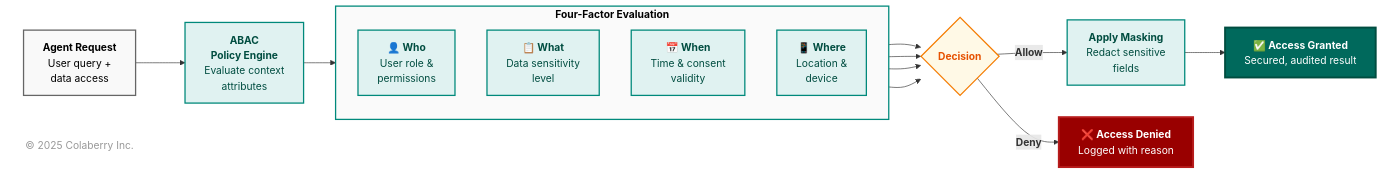
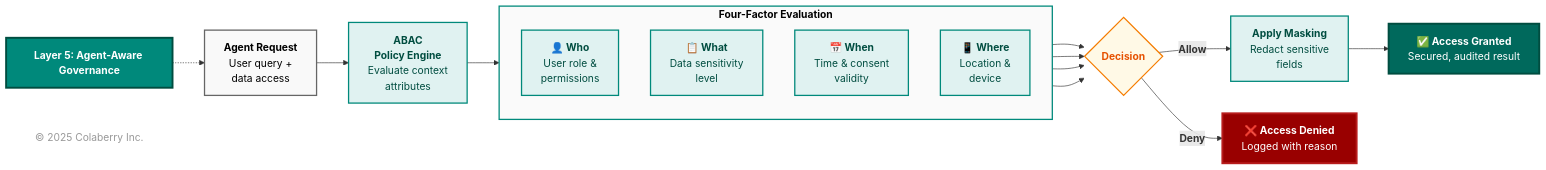
Before and after one commit to colaberry/enterprise-data-readiness-ai-agents: the ninth of 18 diagrams in chapter-01/chapter_1_complete.md, drawn with Mermaid. The commit also changed other lines of this file, not shown here.

First line of the commit message:
chapter 1 diagrams restructured

````diff
--- a/chapter-01/chapter_1_complete.md
+++ b/chapter-01/chapter_1_complete.md
@@ -1344,49 +1359,53 @@
 ```mermaid
 graph LR
+    TITLE["<b>Layer 5: Agent-Aware Governance</b>"]
+    
     REQ["<b>Agent Request</b><br/>User query +<br/>data access"]
     
     POL["<b>ABAC<br/>Policy Engine</b><br/>Evaluate context<br/>attributes"]
     
     subgraph eval["<b>Four-Factor Evaluation</b>"]
         direction TB
         WHO["<b>👤 Who</b><br/>User role &<br/>permissions"]
         WHAT["<b>📋 What</b><br/>Data sensitivity<br/>level"]
         WHEN["<b>📅 When</b><br/>Time & consent<br/>validity"]
         WHERE["<b>📱 Where</b><br/>Location &<br/>device"]
     end
     
     DEC{<b>Decision</b>}
     
     MASK["<b>Apply Masking</b><br/>Redact sensitive<br/>fields"]
     
     ALLOW["<b>✅ Access Granted</b><br/>Secured, audited result"]
     
     DENY["<b>❌ Access Denied</b><br/>Logged with reason"]
     
+    TITLE -.-> REQ
     REQ --> POL
     POL --> eval
     WHO --> DEC
     WHAT --> DEC
     WHEN --> DEC
     WHERE --> DEC
     DEC -->|"<b>Allow</b>"| MASK
     DEC -->|"<b>Deny</b>"| DENY
     MASK --> ALLOW
     
+    style TITLE fill:#00897b,color:#ffffff,stroke:#004d40,stroke-width:3px,font-size:16px
     style REQ fill:#f9f9f9,stroke:#666666,stroke-width:2px,color:#000000
     style POL fill:#e0f2f1,stroke:#00897b,stroke-width:2px,color:#004d40
     style eval fill:#fafafa,stroke:#00897b,stroke-width:2px,color:#000000
     style WHO fill:#e0f2f1,stroke:#00897b,stroke-width:2px,color:#004d40
     style WHAT fill:#e0f2f1,stroke:#00897b,stroke-width:2px,color:#004d40
     style WHEN fill:#e0f2f1,stroke:#00897b,stroke-width:2px,color:#004d40
     style WHERE fill:#e0f2f1,stroke:#00897b,stroke-width:2px,color:#004d40
     style DEC fill:#fff9e6,stroke:#f57c00,stroke-width:2px,color:#e65100
     style MASK fill:#e0f2f1,stroke:#00897b,stroke-width:2px,color:#004d40
     style ALLOW fill:#00695c,color:#ffffff,stroke:#004d40,stroke-width:3px
     style DENY fill:#990000,color:#ffffff,stroke:#b71c1c,stroke-width:3px
 
     %% Copyright Notice
     CR["© 2025 Colaberry Inc."]
     style CR fill:none,stroke:none,color:#999999
 
 ```
````
